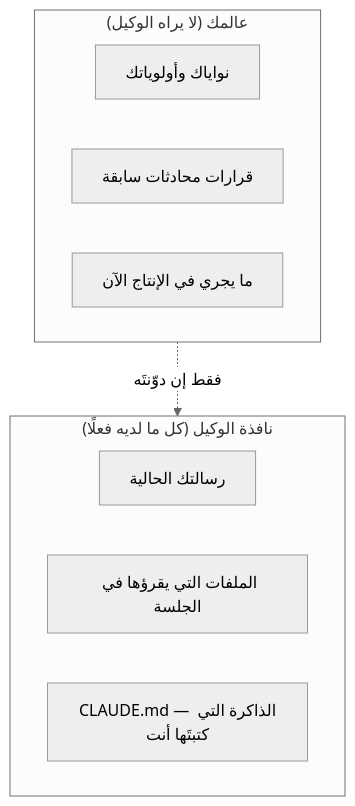
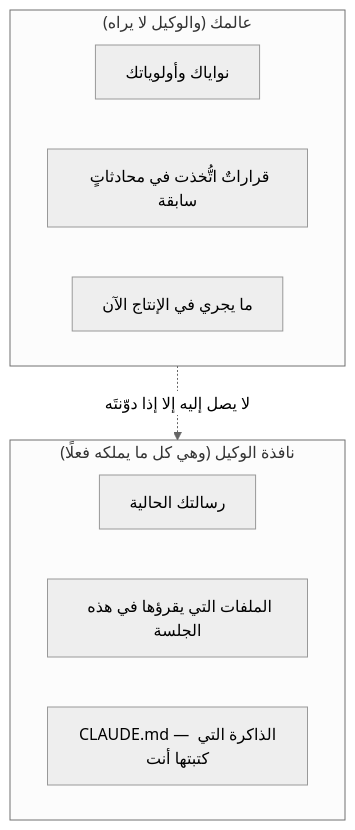
Before and after one commit to Tamoura/system-design-for-vibe-coders: the sixth of 7 diagrams in modules/00-foundations/foundations.ar.md, drawn with Mermaid (neutral theme). The commit also changed other lines of this file and 1 other file, not shown here.

Commit message:
Rewrite Part 0 & Module 0 Arabic in natural flowing register

````diff
--- a/modules/00-foundations/foundations.ar.md
+++ b/modules/00-foundations/foundations.ar.md
@@ -240,14 +240,14 @@
 ```mermaid
 flowchart TD
-    subgraph world["عالمك (لا يراه الوكيل)"]
+    subgraph world["عالمك (والوكيل لا يراه)"]
         BIZ["نواياك وأولوياتك"]
-        HIST["قرارات محادثات سابقة"]
+        HIST["قراراتٌ اتُّخذت في محادثاتٍ سابقة"]
         PROD["ما يجري في الإنتاج الآن"]
     end
-    subgraph window["نافذة الوكيل (كل ما لديه فعلًا)"]
+    subgraph window["نافذة الوكيل (وهي كل ما يملكه فعلًا)"]
         PROMPT["رسالتك الحالية"]
-        FILES["الملفات التي يقرؤها في الجلسة"]
-        MEM["CLAUDE.md — الذاكرة التي كتبتَها أنت"]
+        FILES["الملفات التي يقرؤها في هذه الجلسة"]
+        MEM["CLAUDE.md — الذاكرة التي كتبتها أنت"]
     end
-    world -.->|"فقط إن دوّنتَه"| window
+    world -.->|"لا يصل إليه إلا إذا دوّنتَه"| window
 ```
````
